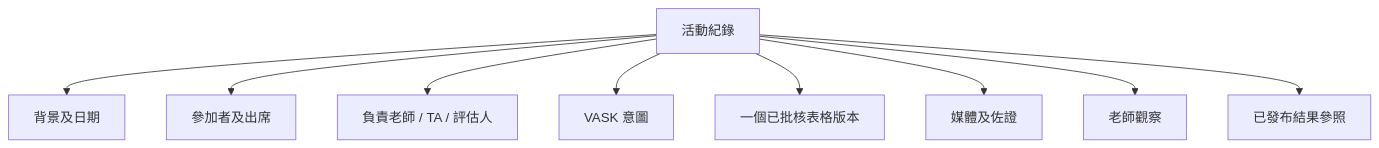
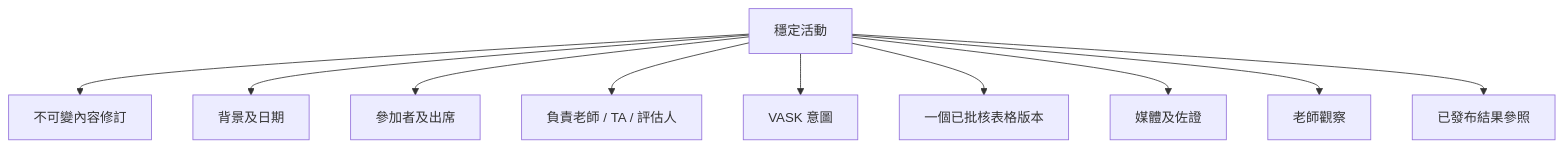
The diagram in output/Chinese/SRS/SRS-04 活動參加者及VASK.md (heison-octopus/testing-port), drawn with Mermaid before and after one commit. The commit also changed other lines of this file and 117 other files, not shown here.

````diff
--- a/output/Chinese/SRS/SRS-04 活動參加者及VASK.md
+++ b/output/Chinese/SRS/SRS-04 活動參加者及VASK.md
@@ -25,11 +32,12 @@
 ```mermaid
 flowchart TB
-    A[活動紀錄] --> C[背景及日期]
+    A[穩定活動] --> REV[不可變內容修訂]
+    A --> C[背景及日期]
     A --> P[參加者及出席]
     A --> S[負責老師 / TA / 評估人]
     A --> V[VASK 意圖]
     A --> F[一個已批核表格版本]
     A --> M[媒體及佐證]
     A --> O[老師觀察]
     A --> R[已發布結果參照]
 ```
````
